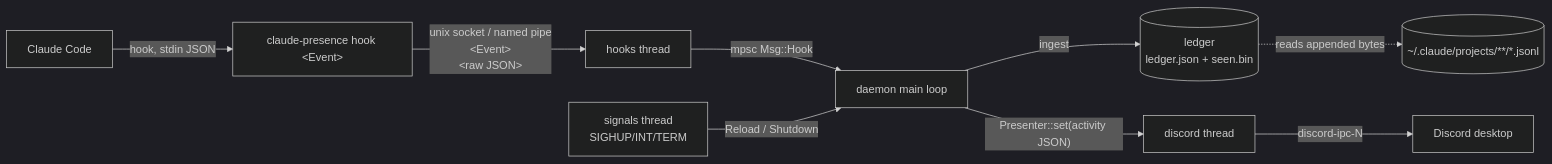
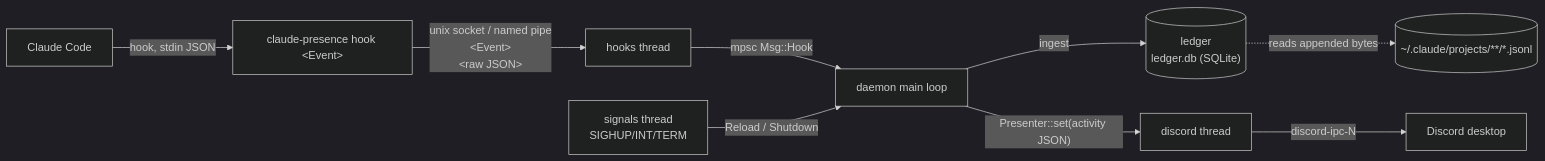
One commit to vx9k/claude-presence changed the diagram in docs/architecture.md. Above: the diagram before and after it, drawn with Mermaid (dark theme). The commit also changed other lines of this file and 21 other files, not shown here.

First line of the commit message:
feat(ledger)!: store lifetime stats in sqlite (#8)

````diff
--- a/docs/architecture.md
+++ b/docs/architecture.md
@@ -21,11 +21,11 @@
 ```mermaid
 flowchart LR
     CC[Claude Code] -- "hook, stdin JSON" --> H["claude-presence hook &lt;Event&gt;"]
     H -- "unix socket / named pipe<br/>&lt;Event&gt;\n&lt;raw JSON&gt;" --> L["hooks thread"]
     L -- "mpsc Msg::Hook" --> D["daemon main loop"]
     S["signals thread<br/>SIGHUP/INT/TERM"] -- "Reload / Shutdown" --> D
-    D -- "ingest" --> LG[("ledger<br/>ledger.json + seen.bin")]
+    D -- "ingest" --> LG[("ledger<br/>ledger.db (SQLite)")]
     LG -. "reads appended bytes" .-> T[("~/.claude/projects/**/*.jsonl")]
     D -- "Presenter::set(activity JSON)" --> W["discord thread"]
     W -- "discord-ipc-N" --> DC[Discord desktop]
 ```
````
